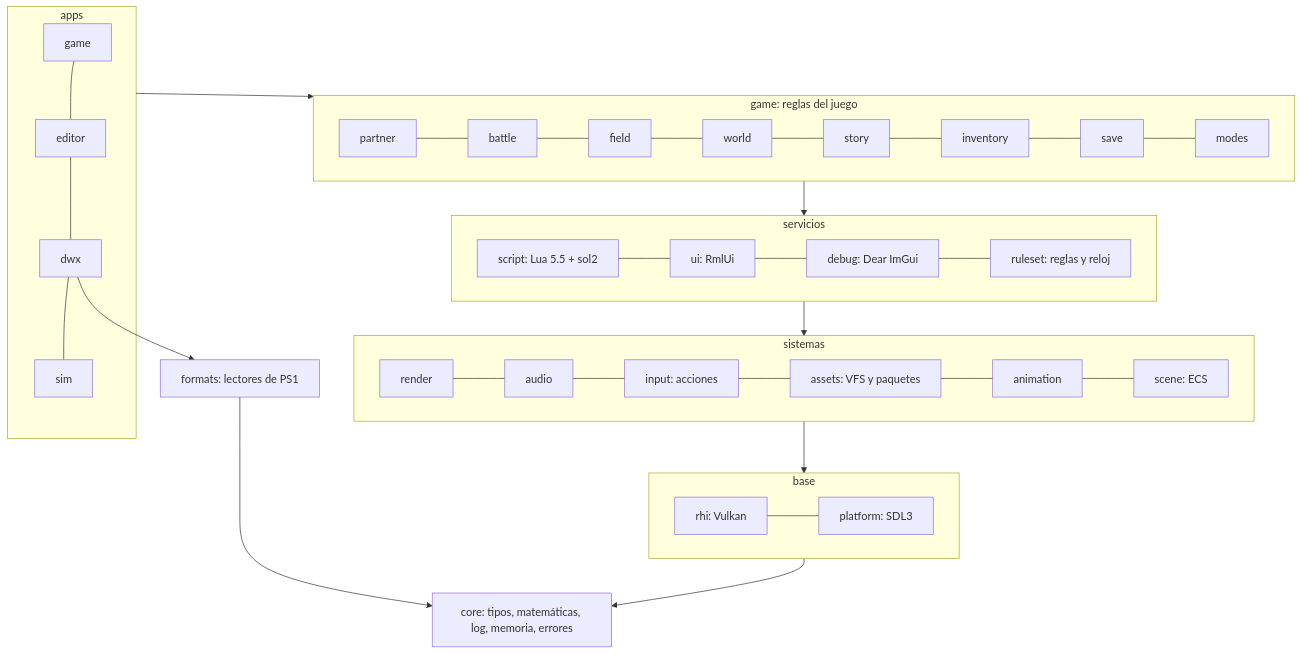
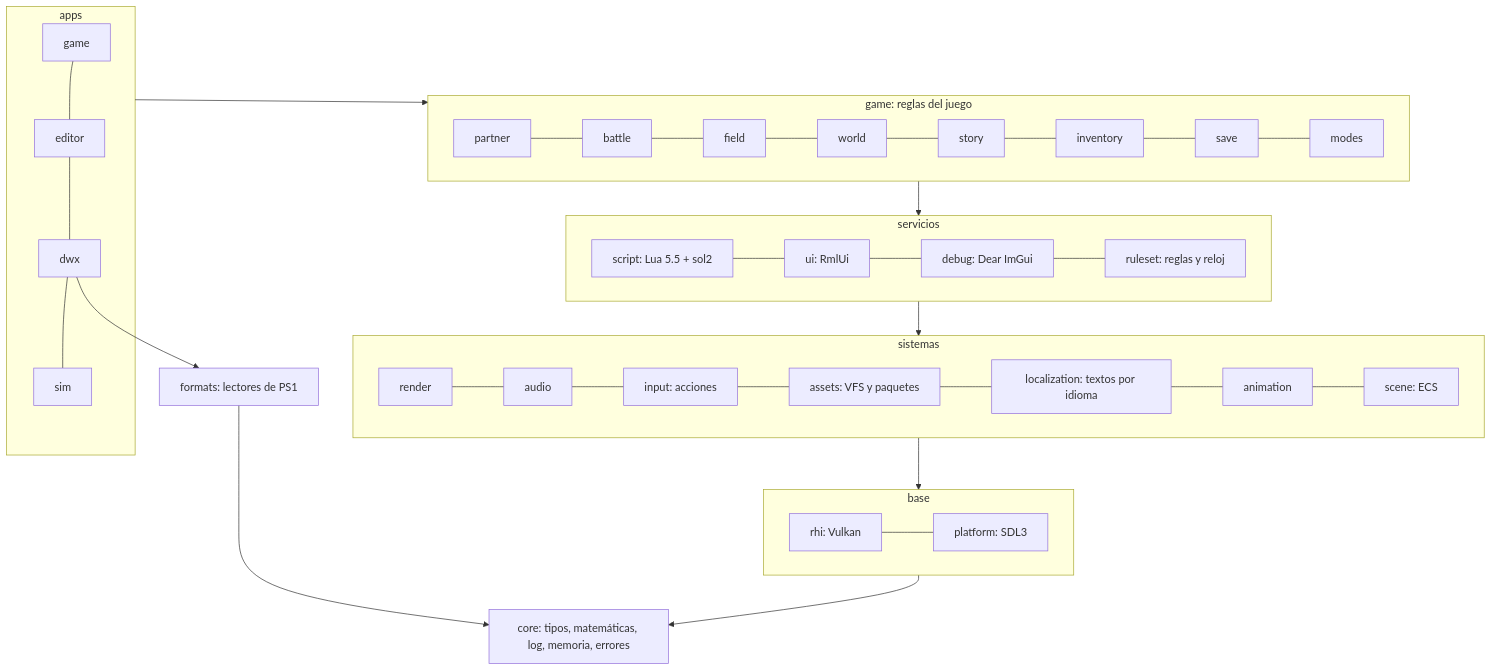
One commit to Indie-Modding-Games/dw-engine changed the second of 2 diagrams in docs/architecture/overview.md. Above: the diagram before and after it, drawn with Mermaid. The commit also changed other lines of this file and 91 other files, not shown here.

````diff
--- a/docs/architecture/overview.md
+++ b/docs/architecture/overview.md
@@ -49,23 +49,23 @@
 ```mermaid
 flowchart TB
     subgraph apps[apps]
         game_app[game] --- editor[editor] --- dwx[dwx] --- sim[sim]
     end
     subgraph gameplay[game: reglas del juego]
         partner --- battle --- field --- world --- story --- inventory --- save --- modes
     end
     subgraph services[servicios]
         script[script: Lua 5.5 + sol2] --- ui[ui: RmlUi] --- debug[debug: Dear ImGui] --- ruleset[ruleset: reglas y reloj]
     end
     subgraph systems[sistemas]
-        render --- audio --- input[input: acciones] --- assets[assets: VFS y paquetes] --- animation --- scene[scene: ECS]
+        render --- audio --- input[input: acciones] --- assets[assets: VFS y paquetes] --- localization[localization: textos por idioma] --- animation --- scene[scene: ECS]
     end
     subgraph base[base]
         rhi[rhi: Vulkan] --- platform[platform: SDL3]
     end
     core[core: tipos, matemáticas, log, memoria, errores]
     formats[formats: lectores de PS1]
 
     apps --> gameplay --> services --> systems --> base --> core
     dwx --> formats --> core
 ```
````
